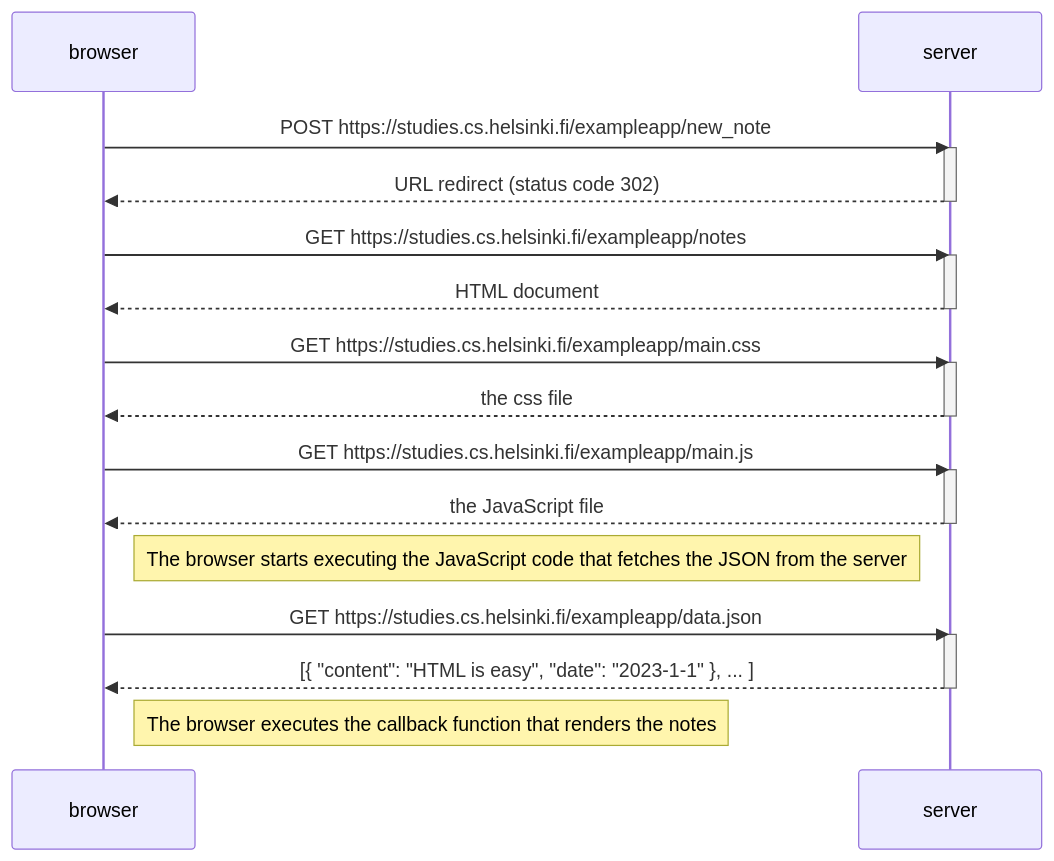
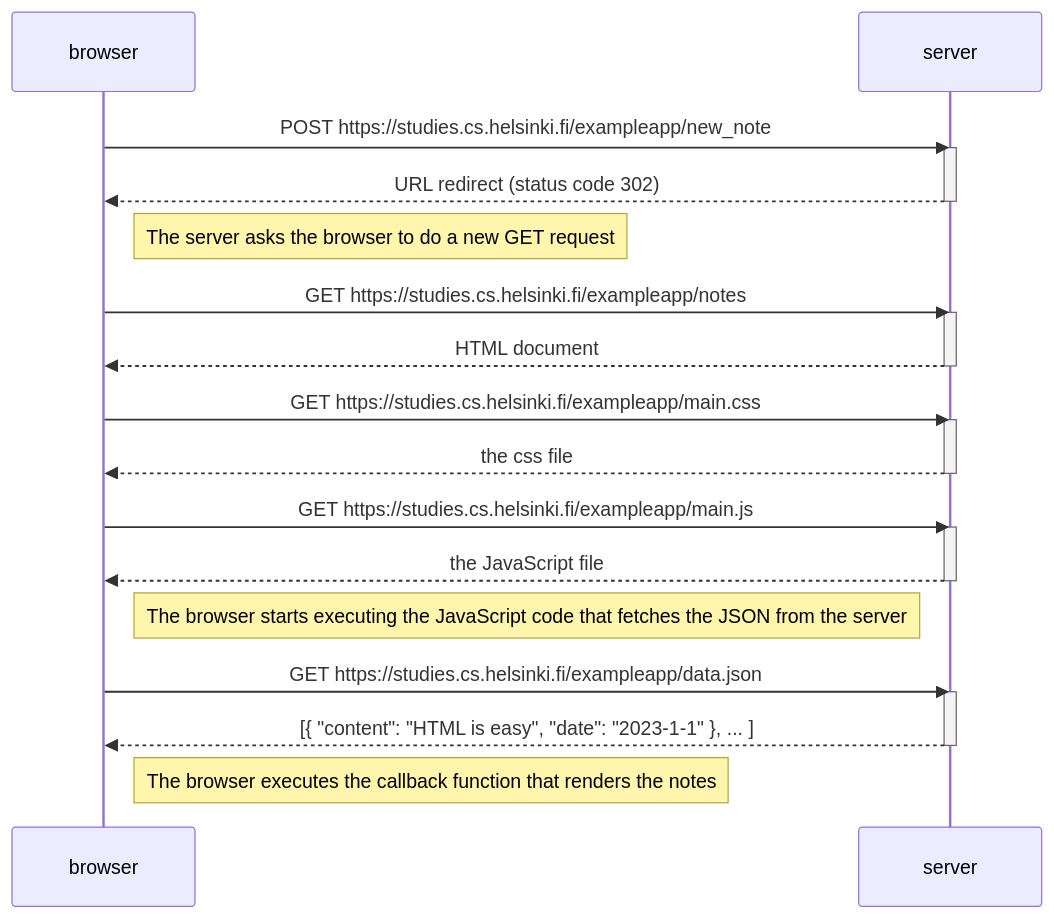
One commit to JesseHantula/FullStack changed the diagram in part0/exercise4.md. Above: the diagram before and after it, drawn with Mermaid.

Commit message:
Exercise 4 tweak

````diff
--- a/part0/exercise4.md
+++ b/part0/exercise4.md
@@ -1,34 +1,36 @@
 ```mermaid
 sequenceDiagram
     participant browser
     participant server
 
     browser->>server: POST https://studies.cs.helsinki.fi/exampleapp/new_note
     activate server
     server-->>browser: URL redirect (status code 302)
     deactivate server
+
+    Note right of browser: The server asks the browser to do a new GET request
     
     browser->>server: GET https://studies.cs.helsinki.fi/exampleapp/notes
     activate server
     server-->>browser: HTML document
     deactivate server
 
     browser->>server: GET https://studies.cs.helsinki.fi/exampleapp/main.css
     activate server
     server-->>browser: the css file
     deactivate server
 
     browser->>server: GET https://studies.cs.helsinki.fi/exampleapp/main.js
     activate server
     server-->>browser: the JavaScript file
     deactivate server
 
     Note right of browser: The browser starts executing the JavaScript code that fetches the JSON from the server
 
     browser->>server: GET https://studies.cs.helsinki.fi/exampleapp/data.json
     activate server
     server-->>browser: [{ "content": "HTML is easy", "date": "2023-1-1" }, ... ]
     deactivate server
 
     Note right of browser: The browser executes the callback function that renders the notes
 ```
````
